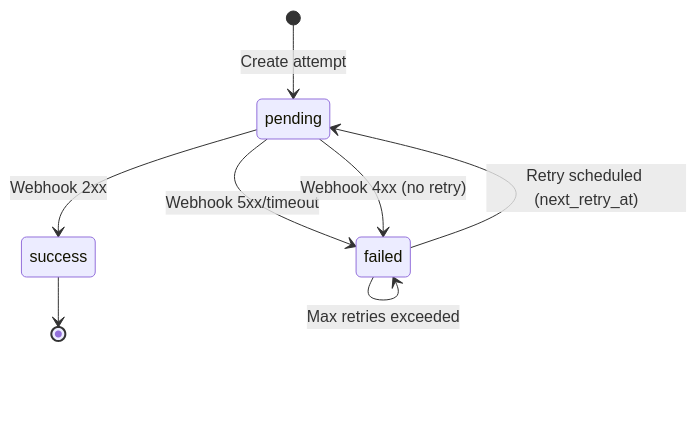
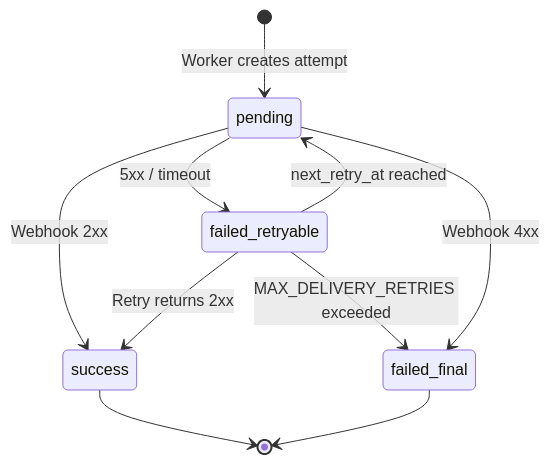
The fourth of 5 diagrams in docs/architecture.md (shwetaudacious/event-fanout), drawn with Mermaid before and after one commit. The commit also changed other lines of this file and 12 other files, not shown here.

First line of the commit message:
Address engineering requirements: architecture diagrams, tests, docs, CI.

````diff
--- a/docs/architecture.md
+++ b/docs/architecture.md
@@ -102,10 +137,12 @@
 ```mermaid
 stateDiagram-v2
-    [*] --> pending: Create attempt
+    [*] --> pending: Worker creates attempt
     pending --> success: Webhook 2xx
-    pending --> failed: Webhook 5xx/timeout
-    failed --> pending: Retry scheduled (next_retry_at)
-    failed --> failed: Max retries exceeded
-    pending --> failed: Webhook 4xx (no retry)
+    pending --> failed_retryable: 5xx / timeout
+    failed_retryable --> pending: next_retry_at reached
+    failed_retryable --> success: Retry returns 2xx
+    failed_retryable --> failed_final: MAX_DELIVERY_RETRIES exceeded
+    pending --> failed_final: Webhook 4xx
     success --> [*]
+    failed_final --> [*]
 ```
````
